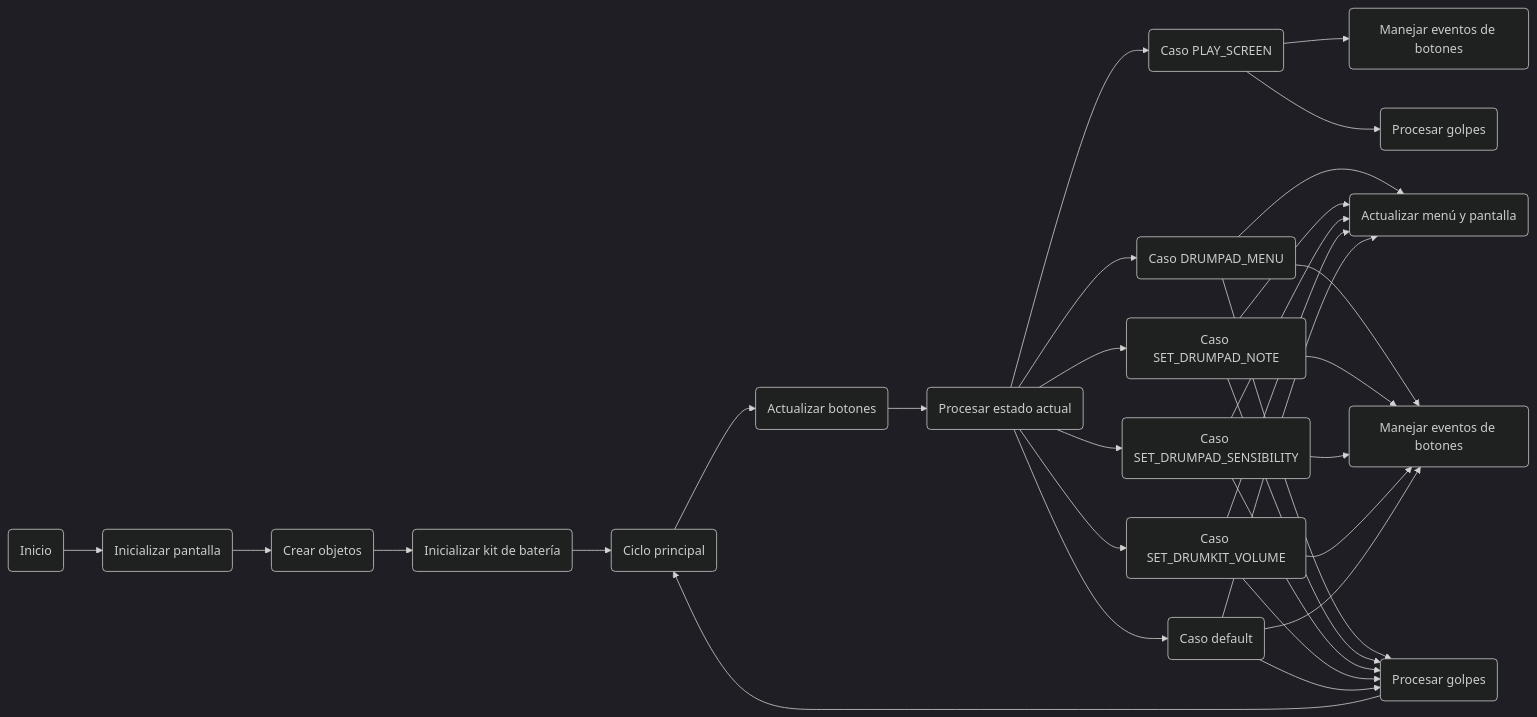
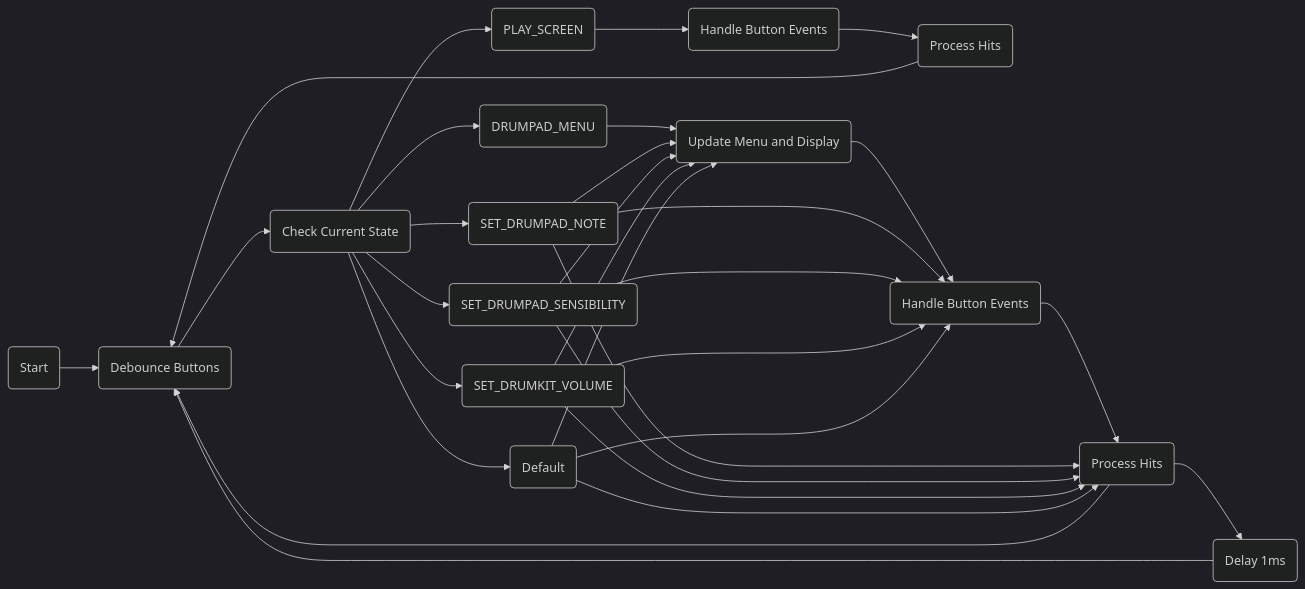
One commit to ianlesni/TPn1 changed the first of 4 diagrams in Memoria del Trabajo Final .md. Above: the diagram before and after it, drawn with Mermaid (dark theme).

Commit message:
Update Memoria del Trabajo Final .md

````diff
--- a/Memoria del Trabajo Final .md
+++ b/Memoria del Trabajo Final .md
@@ -283,33 +283,32 @@
 ```mermaid
 flowchart LR
-    A(Inicio) --> B(Inicializar pantalla)
-    B --> C(Crear objetos)
-    C --> D(Inicializar kit de batería)
-    D --> E(Ciclo principal)
-    E --> F(Actualizar botones)
-    F --> G(Procesar estado actual)
-    G --> H(Caso PLAY_SCREEN)
-    H --> I(Manejar eventos de botones)
-    H --> J(Procesar golpes)
-    G --> K(Caso DRUMPAD_MENU)
-    K --> L(Actualizar menú y pantalla)
-    K --> M(Manejar eventos de botones)
-    K --> N(Procesar golpes)
-    G --> O(Caso SET_DRUMPAD_NOTE)
-    O --> L
-    O --> M
-    O --> N
-    G --> P(Caso SET_DRUMPAD_SENSIBILITY)
-    P --> L
-    P --> M
-    P --> N
-    G --> Q(Caso SET_DRUMKIT_VOLUME)
-    Q --> L
-    Q --> M
-    Q --> N
-    G --> R(Caso default)
-    R --> L
-    R --> M
-    R --> N
-    N --> E
+    A(Start) --> B(Debounce Buttons)
+    B --> C(Check Current State)
+    C --> D(PLAY_SCREEN)
+    D --> E(Handle Button Events)
+    E --> F(Process Hits)
+    F --> B
+    C --> G(DRUMPAD_MENU)
+    G --> H(Update Menu and Display)
+    H --> I(Handle Button Events)
+    I --> J(Process Hits)
+    J --> B
+    C --> K(SET_DRUMPAD_NOTE)
+    K --> H
+    K --> I
+    K --> J
+    C --> L(SET_DRUMPAD_SENSIBILITY)
+    L --> H
+    L --> I
+    L --> J
+    C --> M(SET_DRUMKIT_VOLUME)
+    M --> H
+    M --> I
+    M --> J
+    C --> N(Default)
+    N --> H
+    N --> I
+    N --> J
+    J --> O(Delay 1ms)
+    O --> B
 ```
````
